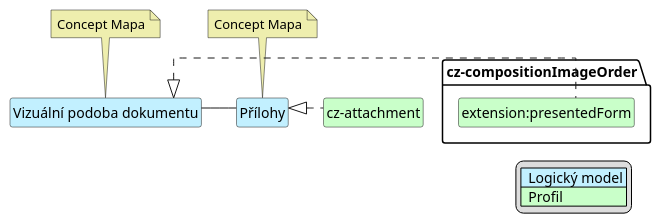
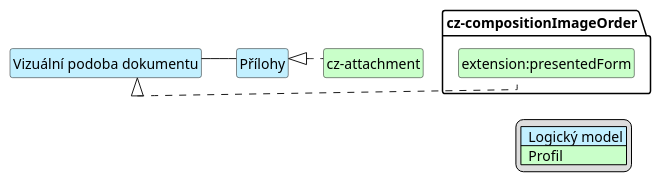
Before and after one commit to HL7-cz/img-order: the diagram in input/images-source/imgOrderAttach-map-cs.plantuml, drawn with PlantUML. The commit also changed 16 other files, not shown here.

```diff
--- a/input/images-source/imgOrderAttach-map-cs.plantuml
+++ b/input/images-source/imgOrderAttach-map-cs.plantuml
@@ -1,38 +1,32 @@
 @startuml
 hide circle
 hide stereotype
 hide members
 hide methods
 skinparam linetype ortho
 skinparam class {
 BackgroundColor<<LogicalModel>> #APPLICATION
 BackgroundColor<<Profile>> #TECHNOLOGY
 }
 legend right
 | <#APPLICATION>  Logický model |
 | <#TECHNOLOGY>  Profil |
 endlegend
 
 class "Vizuální podoba dokumentu" <<LogicalModel>> [[StructureDefinition-PresentedFormCz.html]]
-note top #EEEEAE [[ConceptMap-AttachmentImagingOrder2FHIR-cz.html]]
-Concept Mapa
-endnote
 
 class "Přílohy" <<LogicalModel>> [[StructureDefinition-AttachmentsCz.html]]
-note top #EEEEAE [[ConceptMap-AttachmentImagingOrder2FHIR-cz.html]]
-Concept Mapa
-endnote
 
 class "cz-compositionImageOrder.extension:presentedForm" <<Profile>> [[https://build.fhir.org/ig/HL7-cz/img-order/StructureDefinition-cz-compositionImageOrder.html#ac]]
 class "cz-attachment" <<Profile>> [[https://build.fhir.org/ig/HL7-cz/cz-core/StructureDefinition-cz-attachment.html]]
 
 "Vizuální podoba dokumentu" -- "Přílohy"
 
 "Vizuální podoba dokumentu" <|. "cz-compositionImageOrder.extension:presentedForm"
 "Přílohy" <|. "cz-attachment"
 
 "Vizuální podoba dokumentu" -r[hidden]-> "Přílohy"
 "Vizuální podoba dokumentu" -d[hidden]-> "cz-compositionImageOrder.extension:presentedForm"
 "Přílohy" -d[hidden]-> "cz-attachment"
 
 @enduml
```
